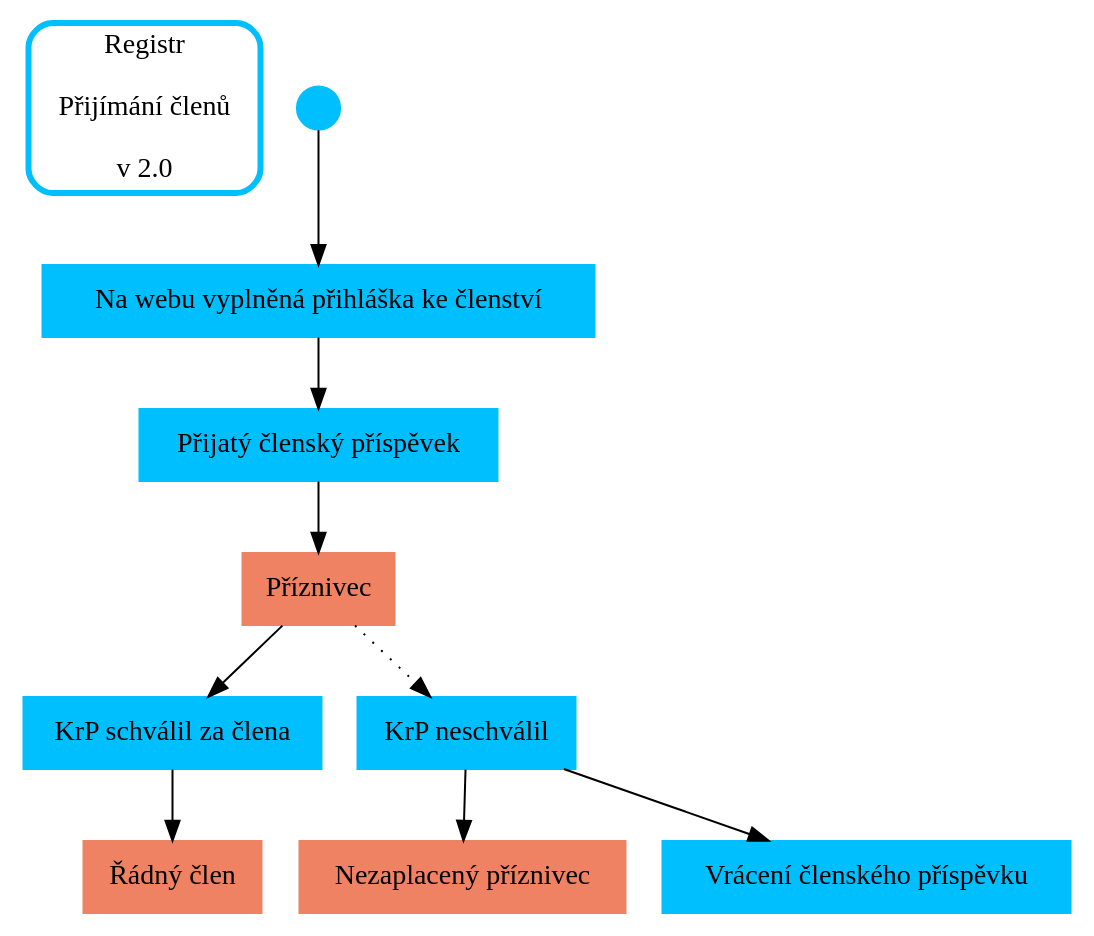
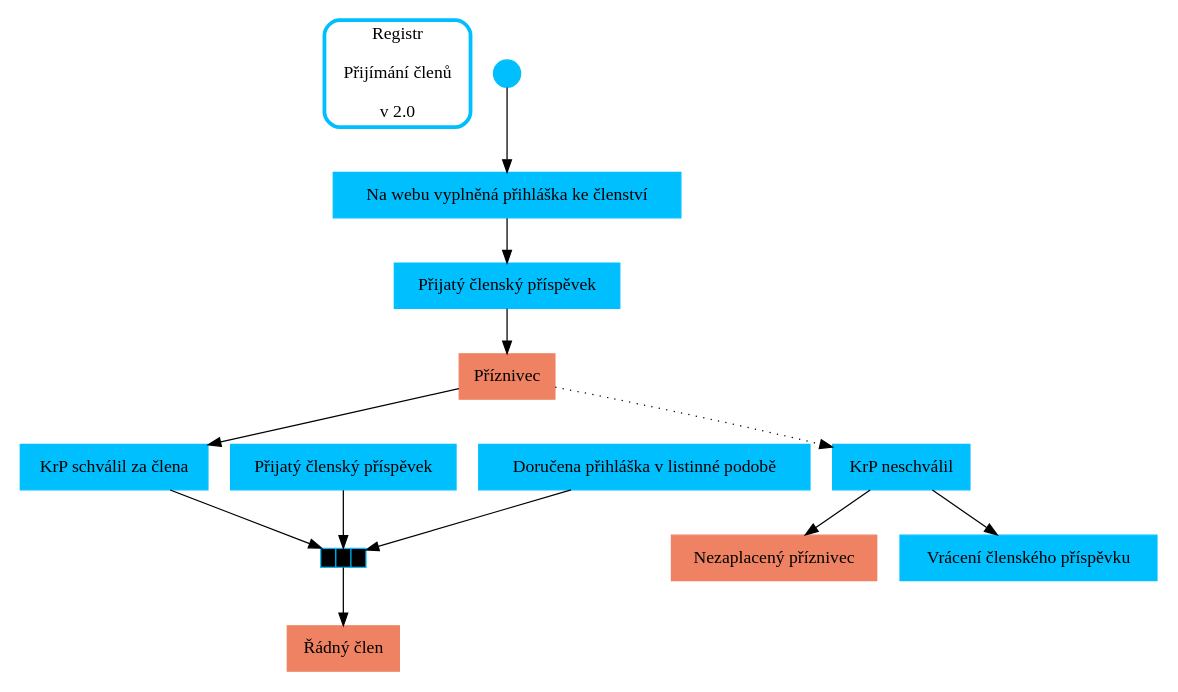
Before and after one commit to jstrachota/party_processes: the diagram in _data/processes/01_prijeti_clena.dot, drawn with Graphviz. The commit also changed 5 other files, not shown here.

```diff
--- a/_data/processes/01_prijeti_clena.dot
+++ b/_data/processes/01_prijeti_clena.dot
@@ -1,77 +1,77 @@
 digraph G {
   graph [	fontname = "Helvetica-Oblique", size = "8,8"  ];
   node [	shape = polygon,
     sides = 4,
     color = deepskyblue,
     style = filled,
     fontname = "Helvetica-Outline" ];
 
   owner [shape=rect style=rounded penwidth=3 height=1.0 label="Registr\n\nPřijímání členů\n\nv 2.0"]
 
 
-  start -> zadost_o_clenstvi -> platba_prispevku_zajemce -> priznivec_zajemce -> prijeti -> clen
+  start -> zadost_o_clenstvi -> platba_prispevku_zajemce -> priznivec_zajemce -> prijeti -> splneni_podminek -> clen
 
   #start -> nezaplaceny_priznivec -> prijeti_daru -> priznivec
 
   # stavajici priznivec zada o clenstvi
   #priznivec -> zadost_o_clenstvi_priznivce -> prijeti_priznivce -> splneni_podminek
-  #platba_prispevku -> splneni_podminek
-  #prijata_prihlaska -> splneni_podminek
-  #splneni_podminek -> clen
+  platba_prispevku -> splneni_podminek
+  prijata_prihlaska -> splneni_podminek
 
   # Priznivec nebyl prijat, je z nej nadale priznivce
   #zadost_o_clenstvi_priznivce -> neprijeti_priznivce -> priznivec
 
   # Zajemce o clenstvi nebyl prijat, vracime prispevek a je z nej nezaplaceny priznivec
   priznivec_zajemce -> neprijeti_zajemce[style=dotted]
   neprijeti_zajemce -> nezaplaceny_priznivec
   neprijeti_zajemce -> vraceni_prispevku
 
 
   # nezaplaceny priznivec zada o clenstvi
   #nezaplaceny_priznivec -> zadost_o_clenstvi
 
 
 subgraph cluster_obnova {
   # Prodlouzeni clenstvi
   #clen -> clen_po_roce
   #clen_po_roce -> platba_prispevku
   #clen_po_roce -> nezaplaceny_priznivec[style=dotted]
 
   # Prodlouzeni priznivectvi
   #priznivec -> priznivec_po_roce
   #priznivec_po_roce -> prijeti_daru
   #priznivec_po_roce -> nezaplaceny_priznivec[style=dotted]
 }
 
   # Ukonceni clenstvi na zadost
   #clen -> priznivec[style=dotted,label="ukončil členství"]
 
   # Vymazani udaju subjektu na zadost
   #priznivec -> vymazani_udaju
   #nezaplaceny_priznivec -> vymazani_udaju
   #vymazani_udaju -> end
 
   start [shape=point height=0.3 label="Start"]
   nezaplaceny_priznivec [label="Nezaplacený příznivec", color=salmon2]
   #clen_po_roce [label="Po roce", color=goldenrod2]
   #priznivec_po_roce [label="Po roce", color=goldenrod2]
   clen [label="Řádný člen",color=salmon2]
   #priznivec [label="Příznivec",color=salmon2]
   #priznivec_zajemce [color=salmon2]
   zadost_o_clenstvi[label="Na webu vyplněná přihláška ke členství"]
   #zadost_o_clenstvi_priznivce[label="Na webu vyplněná přihláška ke členství"]
-  #platba_prispevku[label="Přijatý členský příspěvek"]
+  platba_prispevku[label="Přijatý členský příspěvek"]
   #prijeti_daru[label="Přijatý dar od příznivce"]
   platba_prispevku_zajemce[label="Přijatý členský příspěvek"]
   priznivec_zajemce[label="Příznivec", color=salmon2]
   neprijeti_zajemce[label="KrP neschválil"]
   #neprijeti_priznivce[label="KrP neschválil"]
   prijeti[label="KrP schválil za člena"]
   #prijeti_priznivce[label="KrP schválil za člena"]
   vraceni_prispevku[label="Vrácení členského příspěvku"]
+  prijata_prihlaska[label="Doručena přihláška v listinné podobě"]
   #vymazani_udaju[label="Vymazání údajů na žádost"]
-  #splneni_podminek[ shape = "record", height = 0.05, width = 0.5, margin = "0,0", style = "filled", label = "<f0>|<f1>|<f2>", fillcolor="black" ]
+  splneni_podminek[ shape = "record", height = 0.05, width = 0.5, margin = "0,0", style = "filled", label = "<f0>|<f1>|<f2>", fillcolor="black" ]
   #end [shape=point height=0.3 label="Konec"]
 
 }
```
